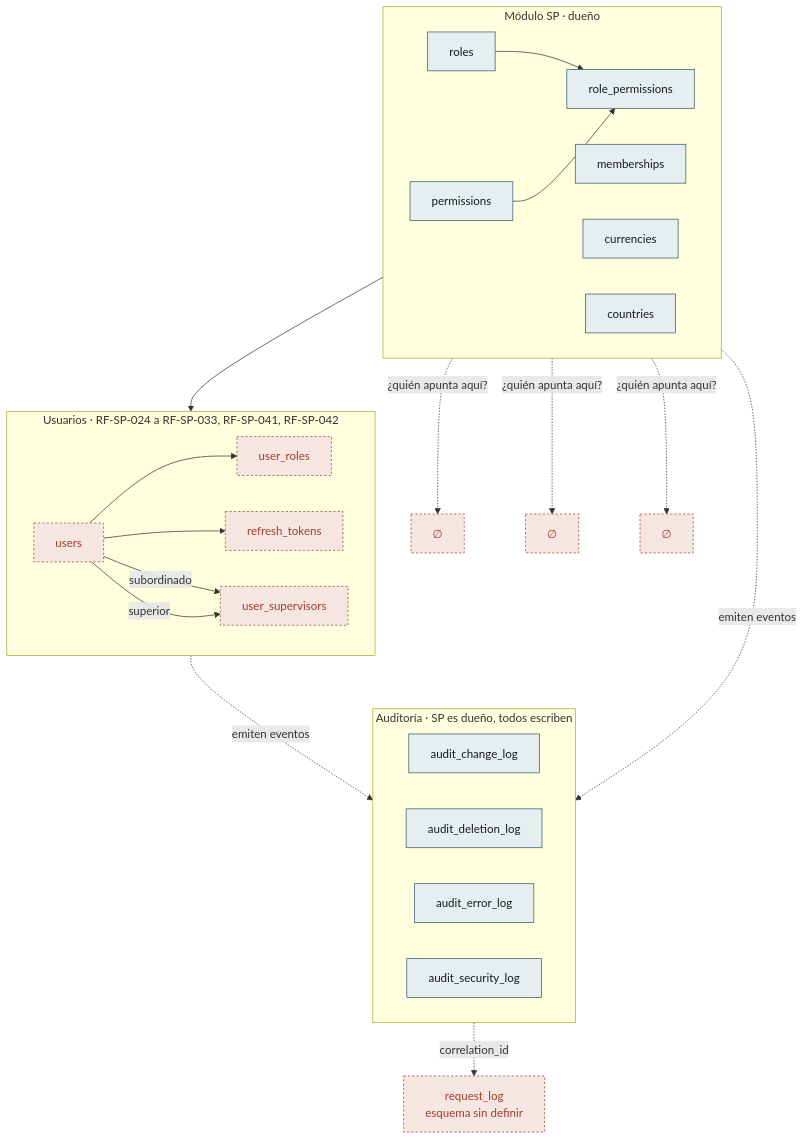
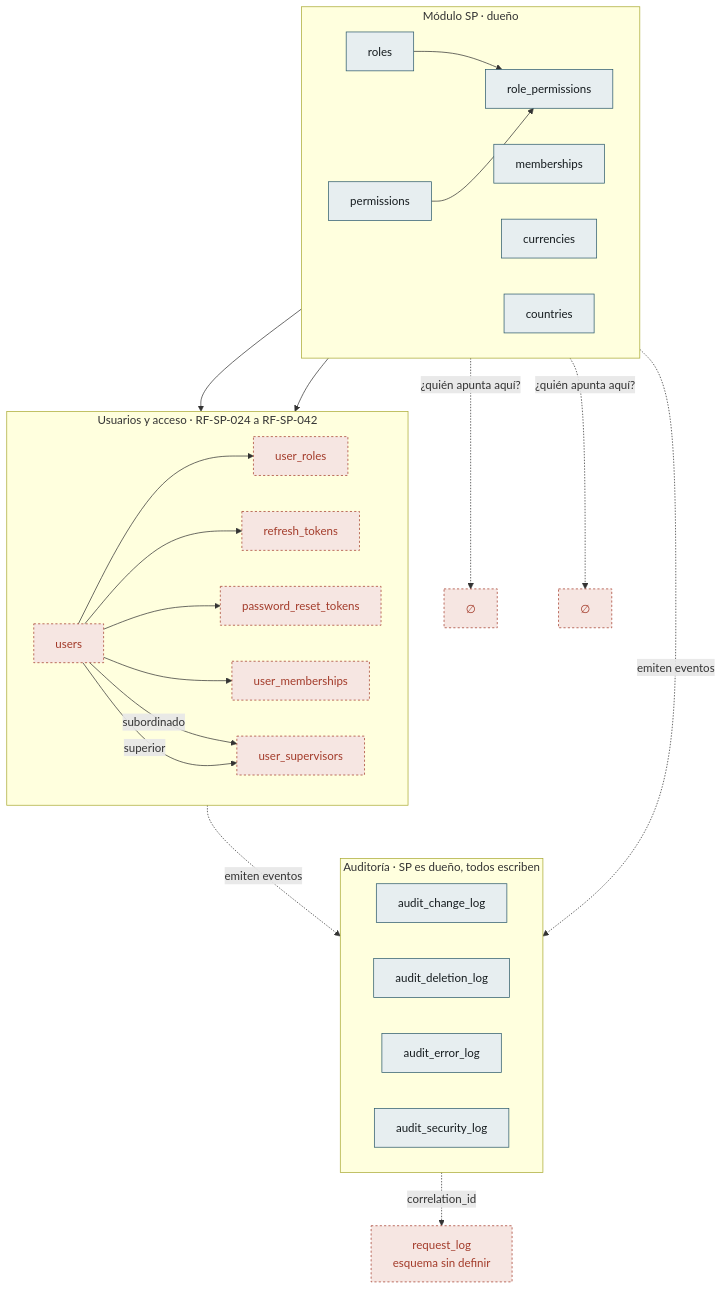
The fourth of 4 diagrams in docs/modelo-datos.md (NexusPro-Dev/backend), drawn with Mermaid before and after one commit. The commit also changed other lines of this file and 2 other files, not shown here.

````diff
--- a/docs/modelo-datos.md
+++ b/docs/modelo-datos.md
@@ -274,50 +300,54 @@
 ```mermaid
 flowchart TB
     subgraph SP["Módulo SP · dueño"]
         direction LR
         A1["roles"]
         A2["permissions"]
         A3["role_permissions"]
         A4["memberships"]
         A5["currencies"]
         A6["countries"]
     end
 
     subgraph AUD["Auditoría · SP es dueño, todos escriben"]
         direction LR
         B1["audit_change_log"]
         B2["audit_deletion_log"]
         B3["audit_error_log"]
         B4["audit_security_log"]
     end
 
-    subgraph USRS["Usuarios · RF-SP-024 a RF-SP-033, RF-SP-041, RF-SP-042"]
+    subgraph USRS["Usuarios y acceso · RF-SP-024 a RF-SP-042"]
         direction LR
         C1["users"]
         C2["user_roles"]
         C3["refresh_tokens"]
         C4["user_supervisors"]
+        C5["password_reset_tokens"]
+        C6["user_memberships"]
     end
 
     OBS["request_log<br/>esquema sin definir"]
 
     A1 --> A3
     A2 --> A3
     C1 --> C2
     A1 --> C2
     C1 --> C3
+    C1 --> C5
+    C1 --> C6
+    A4 --> C6
     C1 -->|"subordinado"| C4
     C1 -->|"superior"| C4
     SP -.->|"emiten eventos"| AUD
     USRS -.->|"emiten eventos"| AUD
     AUD -.->|"correlation_id"| OBS
 
-    A4 -.->|"¿quién apunta aquí?"| Q1["∅"]
     A5 -.->|"¿quién apunta aquí?"| Q2["∅"]
     A6 -.->|"¿quién apunta aquí?"| Q3["∅"]
 
     classDef sp fill:#e7eef0,stroke:#2d5a6b,color:#151b1e
     classDef pend fill:#f6e6e2,stroke:#a33b2a,stroke-dasharray:3 3,color:#a33b2a
     class A1,A2,A3,A4,A5,A6,B1,B2,B3,B4 sp
-    class Q1,Q2,Q3,OBS,C1,C2,C3,C4 pend
+    class Q2,Q3,OBS,C1,C2,C3,C4,C5,C6 pend
 ```
````
